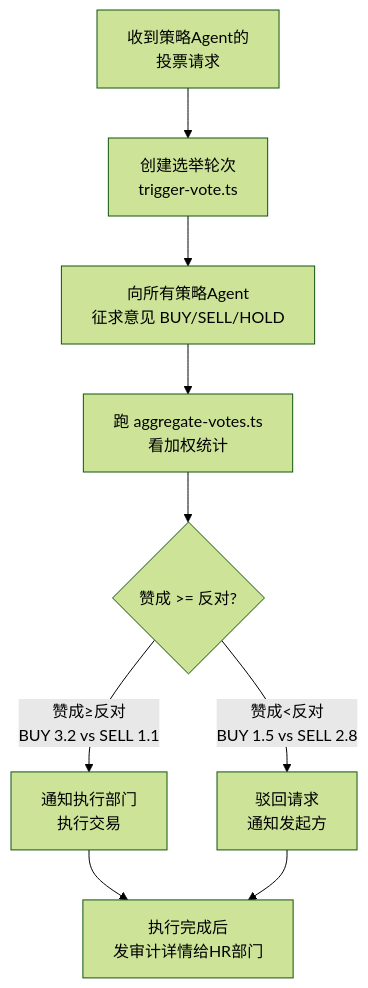
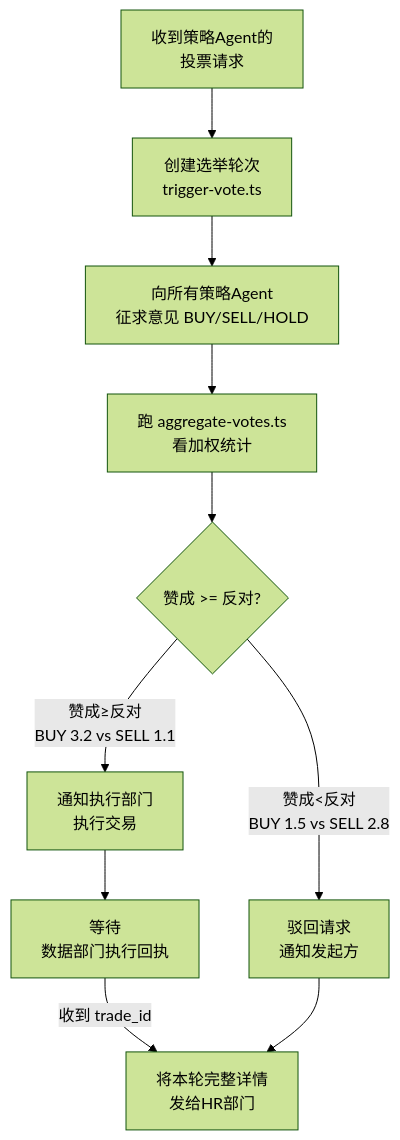
The second of 5 diagrams in docs/architecture.md (fantian007/hermes-trading-system), drawn with Mermaid (forest theme) before and after one commit. The commit also changed other lines of this file and 2 other files, not shown here.

Commit message:
fix: 选举委员会等执行回执 — 数据部门执行完成后通知选举委员会
变化：
- data-agent: 执行完成后同时通知审核部门 + 选举委员会
- election-committee: 第6步=通知执行，第7步=等data-agent回执→发HR
- architecture.md: mermaid流程图加WAIT步骤，数据流简图加回执行

````diff
--- a/docs/architecture.md
+++ b/docs/architecture.md
@@ -213,11 +214,12 @@
 ```mermaid
 flowchart TB
     START[收到策略Agent的<br/>投票请求] --> CREATE[创建选举轮次<br/>trigger-vote.ts]
     CREATE --> POLL[向所有策略Agent<br/>征求意见 BUY/SELL/HOLD]
     POLL --> STATS[跑 aggregate-votes.ts<br/>看加权统计]
     STATS --> JUDGE{赞成 >= 反对?}
-    JUDGE -->|"赞成≥反对<br/>BUY 3.2 vs SELL 1.1"| PASS[通知执行部门<br/>执行交易]
-    JUDGE -->|"赞成<反对<br/>BUY 1.5 vs SELL 2.8"| REJECT[驳回请求<br/>通知发起方]
-    PASS --> DONE[执行完成后<br/>发审计详情给HR部门]
+    JUDGE -->|赞成≥反对<br/>BUY 3.2 vs SELL 1.1| EXEC[通知执行部门<br/>执行交易]
+    JUDGE -->|赞成<反对<br/>BUY 1.5 vs SELL 2.8| REJECT[驳回请求<br/>通知发起方]
+    EXEC --> WAIT[等待<br/>数据部门执行回执]
+    WAIT -->|收到 trade_id| DONE[将本轮完整详情<br/>发给HR部门]
     REJECT --> DONE
 ```
````
